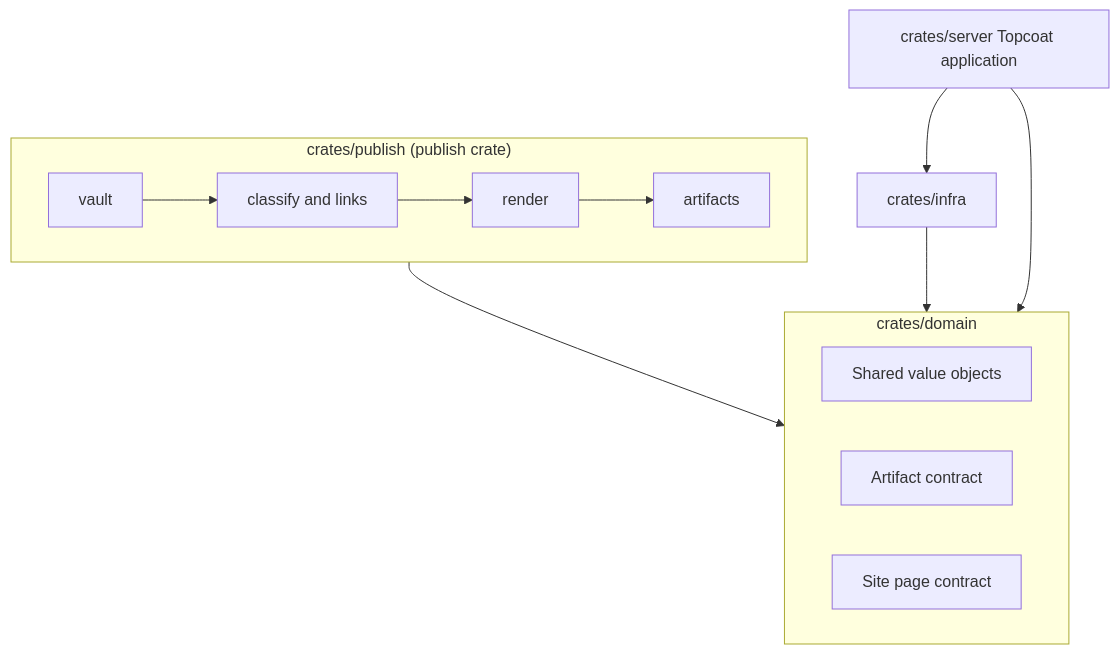
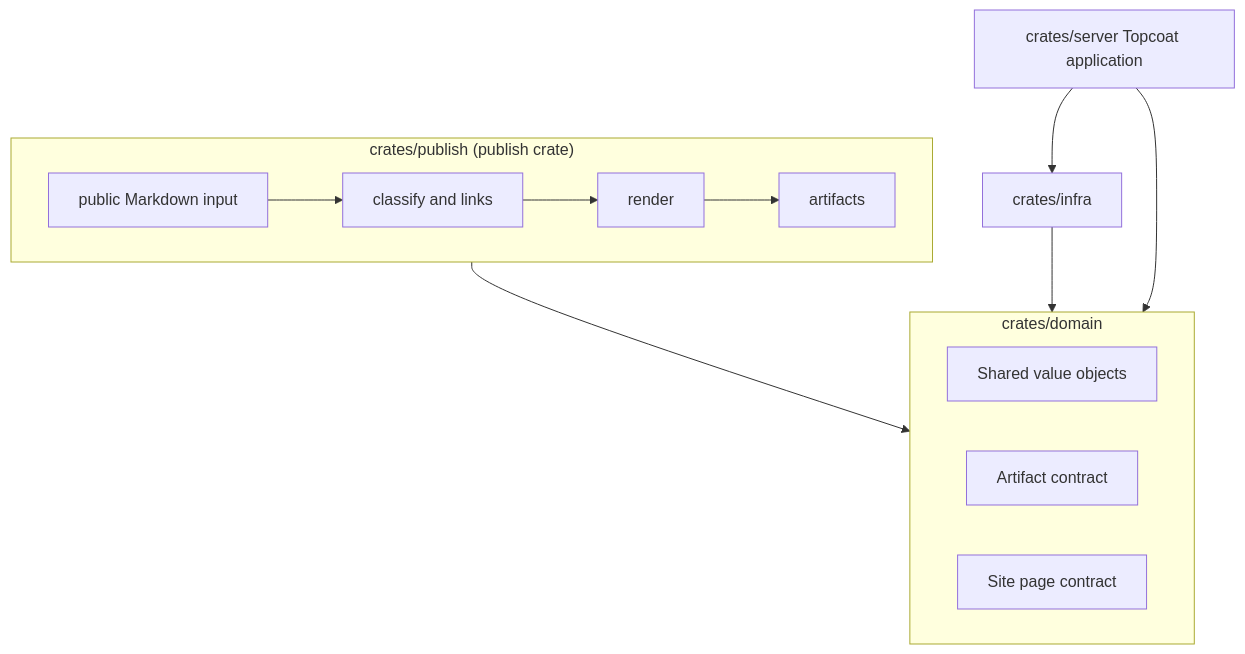
One commit to okawak/okawak_blog changed the second of 4 diagrams in docs/architecture/architecture.md. Above: the diagram before and after it, drawn with Mermaid. The commit also changed other lines of this file and 36 other files, not shown here.

````diff
--- a/docs/architecture/architecture.md
+++ b/docs/architecture/architecture.md
@@ -126,26 +127,26 @@
 ```mermaid
 flowchart TB
     subgraph Domain["crates/domain"]
         D1[Shared value objects]
         D2[Artifact contract]
         D3[Site page contract]
     end
 
     subgraph Publish["crates/publish (publish crate)"]
-        P1[vault]
+        P1[public Markdown input]
         P2[classify and links]
         P3[render]
         P4[artifacts]
     end
 
     S1[crates/infra]
     S2[crates/server Topcoat application]
 
     Publish --> Domain
     S1 --> Domain
     S2 --> Domain
     P1 --> P2
     P2 --> P3
     P3 --> P4
     S2 --> S1
 ```
````
